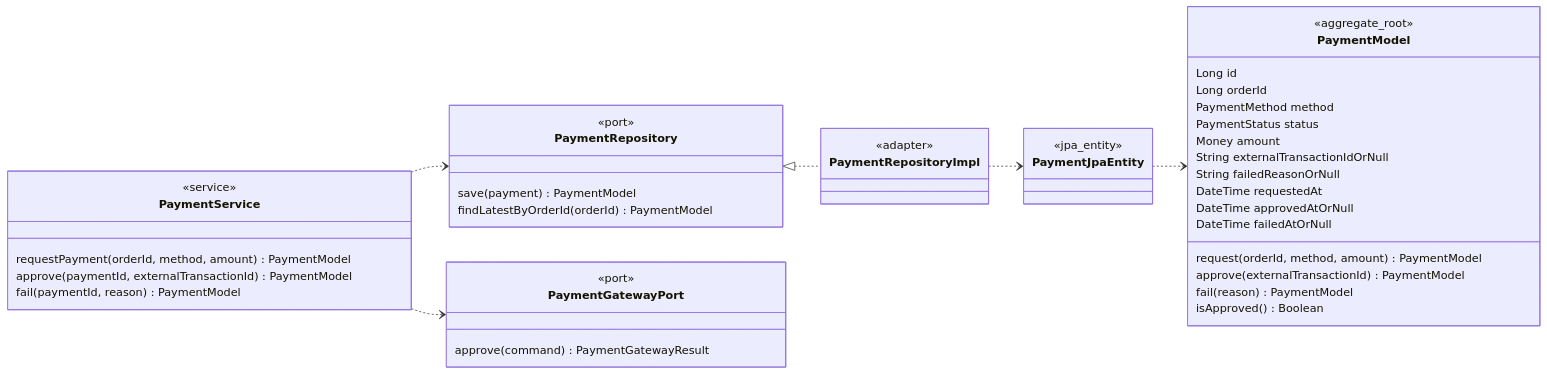
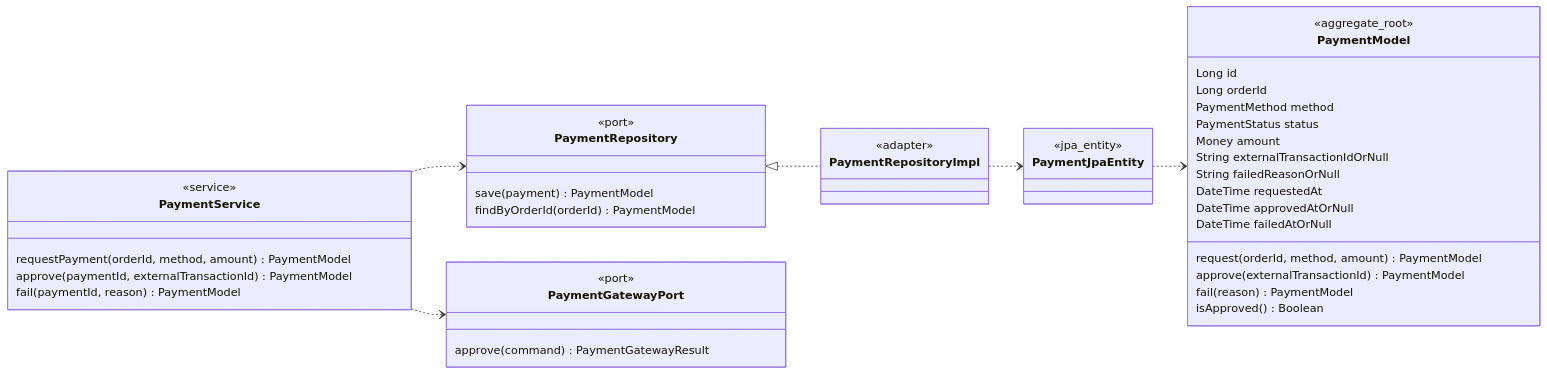
One commit to loopers-labs/loop-pack-be-l2-vol4-kotlin changed the eighth of 10 diagrams in docs/design/03-class-diagram.md. Above: the diagram before and after it, drawn with Mermaid. The commit also changed other lines of this file and 3 other files, not shown here.

````diff
--- a/docs/design/03-class-diagram.md
+++ b/docs/design/03-class-diagram.md
@@ -663,54 +849,54 @@
 ```mermaid
 classDiagram
     direction LR
 
     class PaymentModel {
         <<aggregate_root>>
         Long id
         Long orderId
         PaymentMethod method
         PaymentStatus status
         Money amount
         String externalTransactionIdOrNull
         String failedReasonOrNull
         DateTime requestedAt
         DateTime approvedAtOrNull
         DateTime failedAtOrNull
         request(orderId, method, amount) PaymentModel
         approve(externalTransactionId) PaymentModel
         fail(reason) PaymentModel
         isApproved() Boolean
     }
 
     class PaymentService {
         <<service>>
         requestPayment(orderId, method, amount) PaymentModel
         approve(paymentId, externalTransactionId) PaymentModel
         fail(paymentId, reason) PaymentModel
     }
 
     class PaymentRepository {
         <<port>>
         save(payment) PaymentModel
-        findLatestByOrderId(orderId) PaymentModel
+        findByOrderId(orderId) PaymentModel
     }
 
     class PaymentGatewayPort {
         <<port>>
         approve(command) PaymentGatewayResult
     }
 
     class PaymentRepositoryImpl {
         <<adapter>>
     }
 
     class PaymentJpaEntity {
         <<jpa_entity>>
     }
 
     PaymentService ..> PaymentRepository
     PaymentService ..> PaymentGatewayPort
     PaymentRepository <|.. PaymentRepositoryImpl
     PaymentRepositoryImpl ..> PaymentJpaEntity
     PaymentJpaEntity ..> PaymentModel
 ```
````
